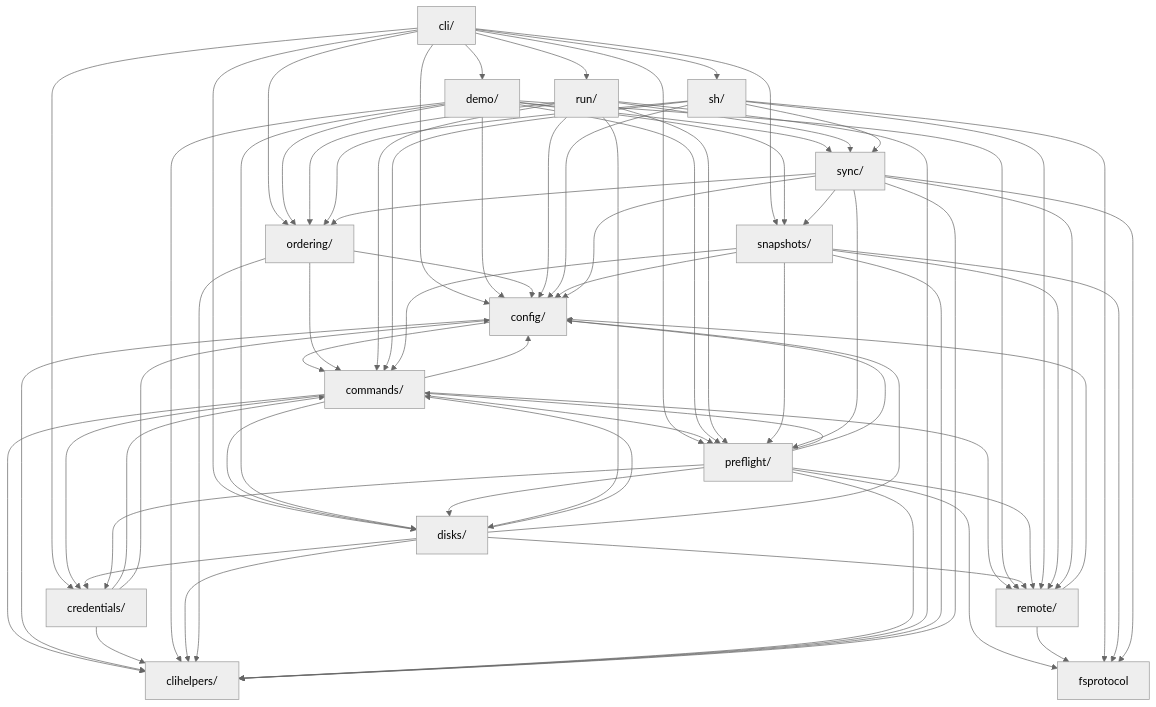
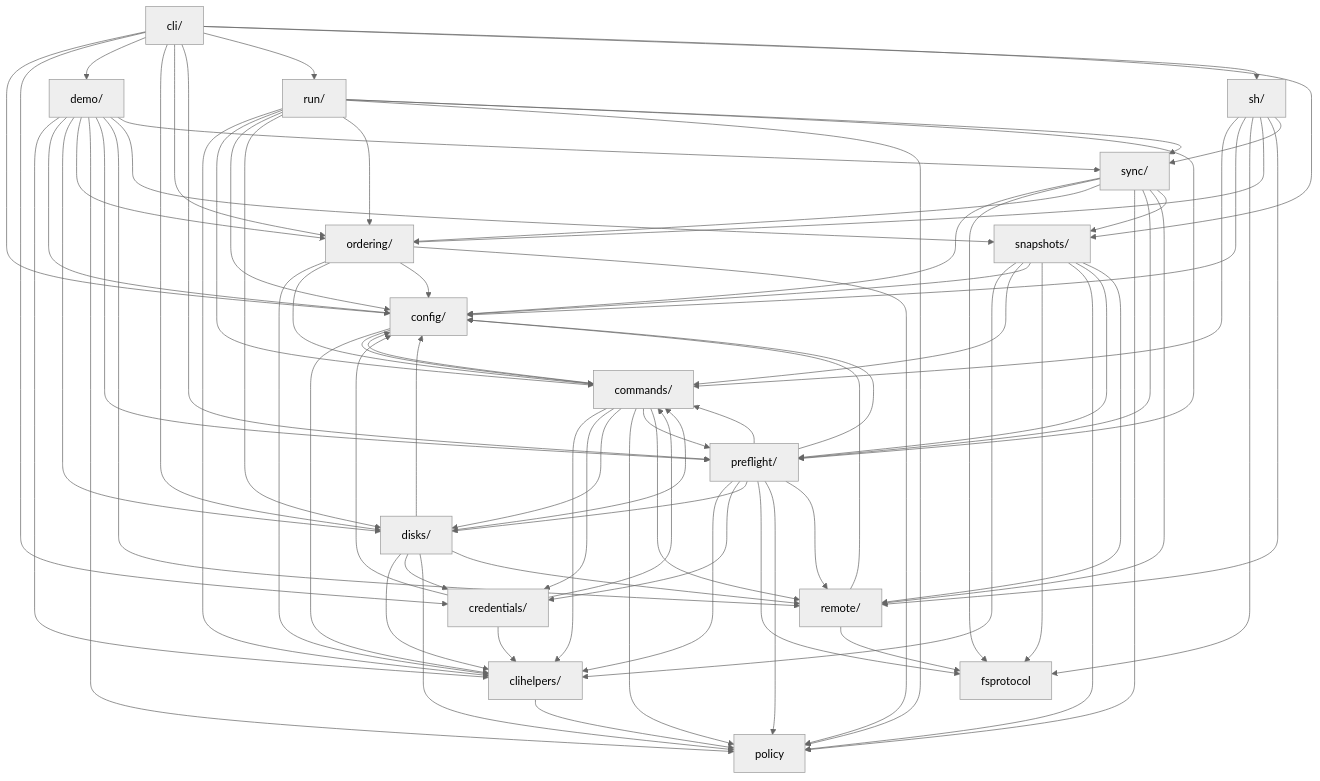
One commit to iglootools/nbkp changed the diagram in docs/architecture.md. Above: the diagram before and after it, drawn with Mermaid (neutral theme). The commit also changed other lines of this file and 49 other files, not shown here.

First line of the commit message:
refactor(policy): move strictness/severity decisions out of clihelpers

```diff
--- a/docs/architecture.md
+++ b/docs/architecture.md
@@ -48,6 +48,7 @@
     disks["disks/"]
     fsprotocol["fsprotocol"]
     ordering["ordering/"]
+    policy["policy"]
     preflight["preflight/"]
     remote["remote/"]
     run["run/"]
@@ -64,10 +65,12 @@
     cli --> run
     cli --> sh
     cli --> snapshots
+    clihelpers --> policy
     commands --> clihelpers
     commands --> config
     commands --> credentials
     commands --> disks
+    commands --> policy
     commands --> preflight
     commands --> remote
     config --> clihelpers
@@ -79,6 +82,7 @@
     demo --> config
     demo --> disks
     demo --> ordering
+    demo --> policy
     demo --> preflight
     demo --> remote
     demo --> snapshots
@@ -87,16 +91,19 @@
     disks --> commands
     disks --> config
     disks --> credentials
+    disks --> policy
     disks --> remote
     ordering --> clihelpers
     ordering --> commands
     ordering --> config
+    ordering --> policy
     preflight --> clihelpers
     preflight --> commands
     preflight --> config
     preflight --> credentials
     preflight --> disks
     preflight --> fsprotocol
+    preflight --> policy
     preflight --> remote
     remote --> config
     remote --> fsprotocol
@@ -105,6 +112,7 @@
     run --> config
     run --> disks
     run --> ordering
+    run --> policy
     run --> preflight
     run --> sync
     sh --> commands
@@ -117,12 +125,13 @@
     snapshots --> commands
     snapshots --> config
     snapshots --> fsprotocol
+    snapshots --> policy
     snapshots --> preflight
     snapshots --> remote
-    sync --> clihelpers
     sync --> config
     sync --> fsprotocol
     sync --> ordering
+    sync --> policy
     sync --> preflight
     sync --> remote
     sync --> snapshots
```
